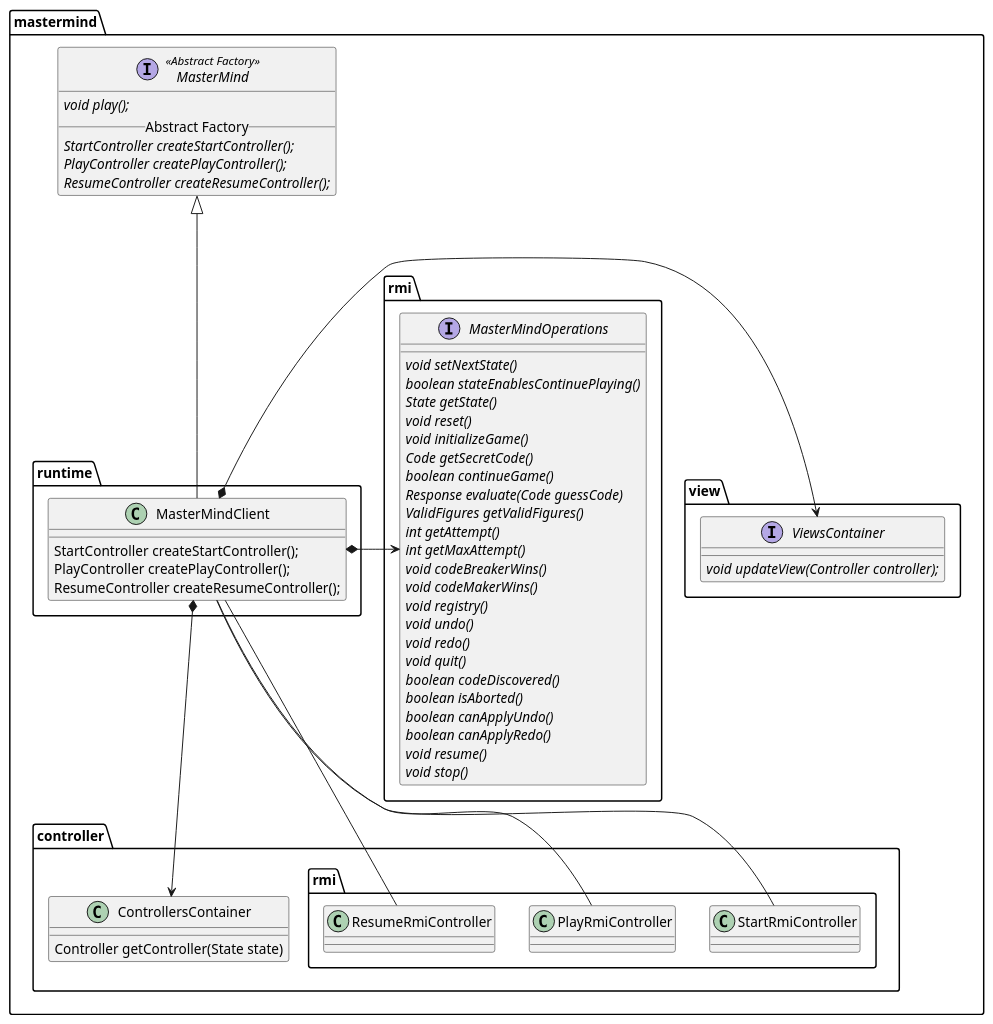
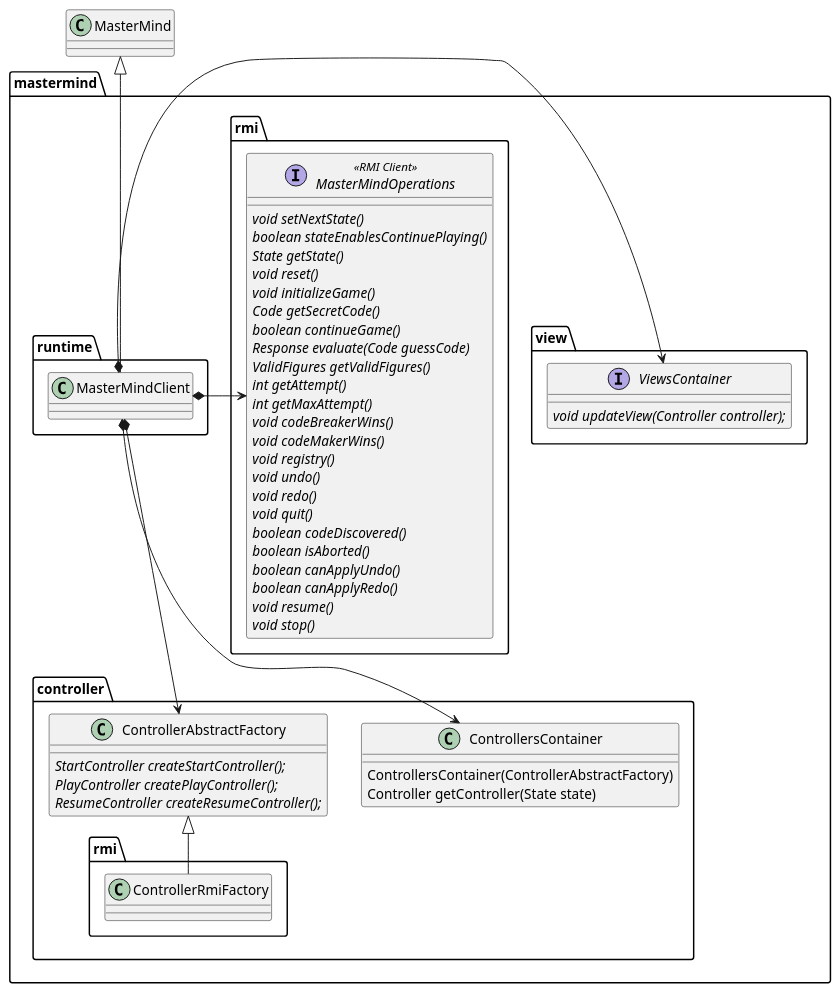
One commit to ciscoruiz/mastermind changed the diagram in doc/mastermind.runtime.client.puml. Above: the diagram before and after it, drawn with PlantUML. The commit also changed 1 other file, not shown here.

Commit message:
Include ControllerAbstract factory into mastermind.runtime diagram

```diff
--- a/doc/mastermind.runtime.client.puml
+++ b/doc/mastermind.runtime.client.puml
@@ -1,84 +1,66 @@
 @startuml
-
-package mastermind {
-   interface MasterMind  <<Abstract Factory>>  {
-      {abstract}void play();
-      __Abstract Factory__
-      {abstract}StartController createStartController();
-      {abstract}PlayController createPlayController();
-      {abstract}ResumeController createResumeController();
-   }
-}
 
 package mastermind.view {
    interface ViewsContainer {
       {abstract}void updateView(Controller controller);
    }
 }
 
-
 package mastermind.controller {
    class ControllersContainer {
+      ControllersContainer(ControllerAbstractFactory)
       Controller getController(State state)
    }
+
+   class ControllerAbstractFactory {
+      {abstract}StartController createStartController();
+      {abstract}PlayController createPlayController();
+      {abstract}ResumeController createResumeController();
+   }
+
+   package rmi {
+      class ControllerRmiFactory
+   }
+
+   ControllerAbstractFactory <|-- ControllerRmiFactory
 }
 
 package mastermind.rmi {
-   interface MasterMindOperations {
+   interface MasterMindOperations <<RMI Client>> {
        {abstract}void setNextState()
        {abstract}boolean stateEnablesContinuePlaying()
        {abstract}State getState()
        {abstract}void reset()
        {abstract}void initializeGame()
        {abstract}Code getSecretCode()
        {abstract}boolean continueGame()
        {abstract}Response evaluate(Code guessCode)
        {abstract}ValidFigures getValidFigures()
        {abstract}int getAttempt()
        {abstract}int getMaxAttempt()
        {abstract}void codeBreakerWins()
        {abstract}void codeMakerWins()
        {abstract}void registry()
        {abstract}void undo()
        {abstract}void redo()
        {abstract}void quit()
        {abstract}boolean codeDiscovered()
        {abstract}boolean isAborted()
        {abstract}boolean canApplyUndo()
        {abstract}boolean canApplyRedo()
        {abstract}void resume()
        {abstract}void stop()
    }
 }
 
 package mastermind.runtime {
-   class MasterMindClient {
-      StartController createStartController();
-      PlayController createPlayController();
-      ResumeController createResumeController();
-   }
-
    MasterMindClient *-left-> MasterMindOperations
 }
 
-package mastermind.controller.rmi {
-   class StartRmiController
-   class PlayRmiController
-   class ResumeRmiController
-}
-package mastermind.controller {
-    class ControllersContainer
-}
-
-MasterMind <|--- MasterMindClient
+MasterMind <|-down- MasterMindClient
 
 MasterMindClient *-right-> ViewsContainer
-
-MasterMindClient -down- StartRmiController
-MasterMindClient -down- PlayRmiController
-MasterMindClient -down- ResumeRmiController
-
-MasterMindClient *-up--> ControllersContainer
-
+MasterMindClient *-down-> ControllersContainer
+MasterMindClient *-down-> ControllerAbstractFactory
 
 @enduml
```
